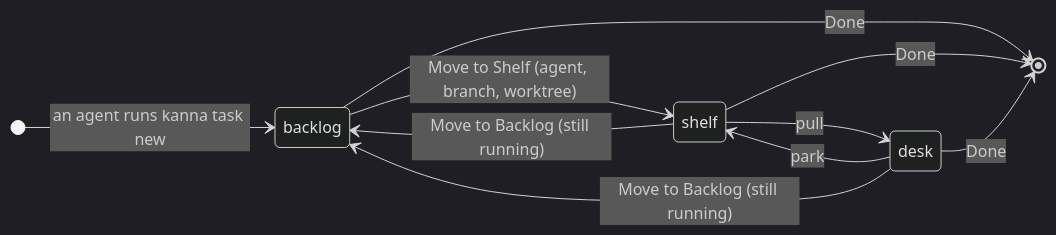
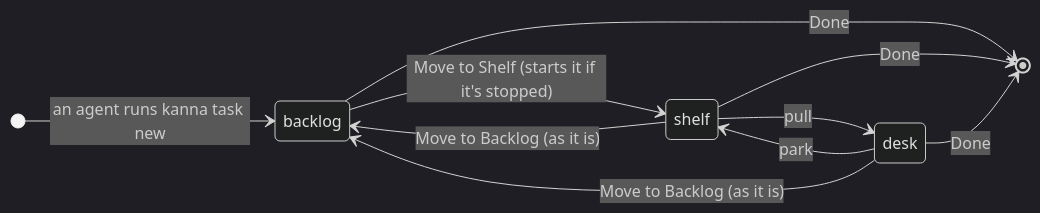
The first of 2 diagrams in docs/specs/tasks.md (jemdiggity/kanna-v4), drawn with Mermaid (dark theme) before and after one commit. The commit also changed other lines of this file and 4 other files, not shown here.

Commit message:
Tasks spec, Desk spec, the kanna-tasks and kanna-planning skills and the getting-started text: running and place are separate; start/stop run and stop a task where it is, shelve moves it to the Shelf (three per repo), any number run in the backlog

````diff
--- a/docs/specs/tasks.md
+++ b/docs/specs/tasks.md
@@ -25,13 +25,13 @@
 ```mermaid
 stateDiagram-v2
     direction LR
     [*] --> backlog: an agent runs kanna task new
-    backlog --> shelf: Move to Shelf (agent, branch, worktree)
+    backlog --> shelf: Move to Shelf (starts it if it's stopped)
     shelf --> desk: pull
     desk --> shelf: park
-    shelf --> backlog: Move to Backlog (still running)
-    desk --> backlog: Move to Backlog (still running)
+    shelf --> backlog: Move to Backlog (as it is)
+    desk --> backlog: Move to Backlog (as it is)
     backlog --> [*]: Done
     shelf --> [*]: Done
     desk --> [*]: Done
 ```
````
